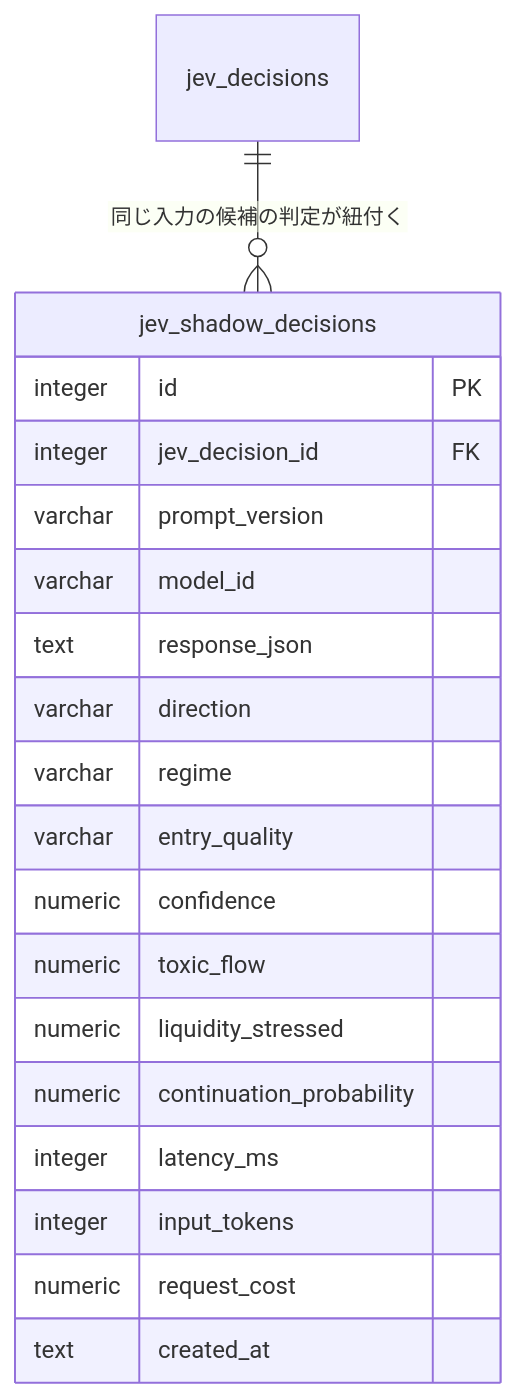
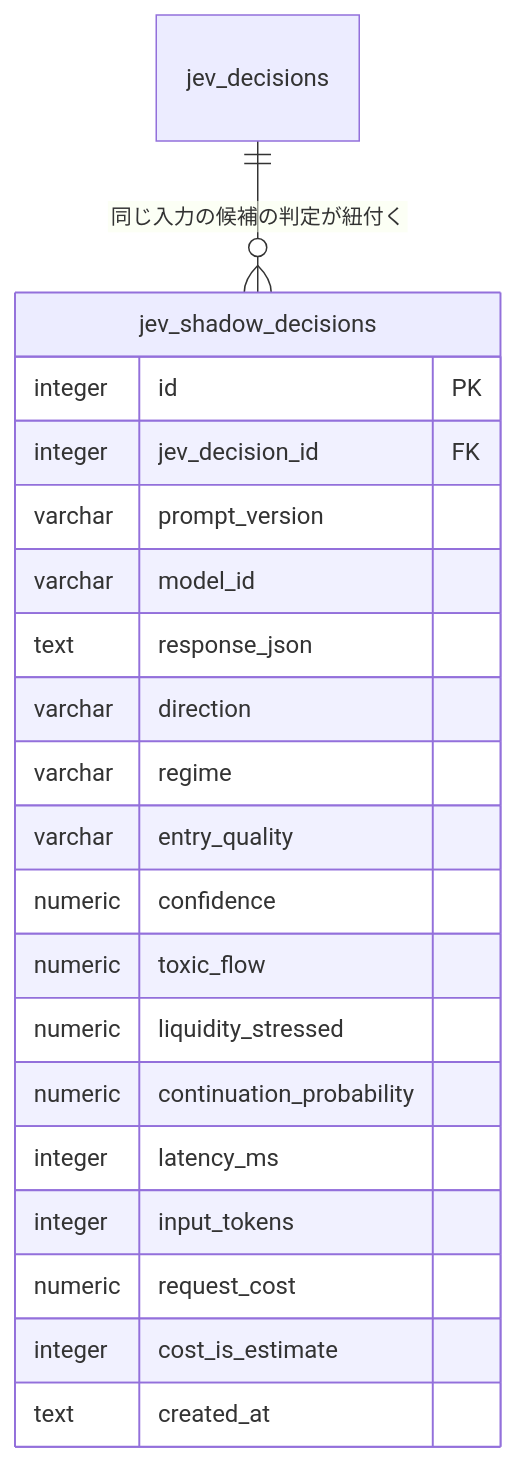
Before and after one commit to ousiassllc/pitha-trador: the diagram in docs/architecture/er/tables-jev-shadow.md, drawn with Mermaid. The commit also changed other lines of this file and 30 other files, not shown here.

````diff
--- a/docs/architecture/er/tables-jev-shadow.md
+++ b/docs/architecture/er/tables-jev-shadow.md
@@ -13,22 +13,23 @@
 ```mermaid
 erDiagram
     jev_decisions ||--o{ jev_shadow_decisions : "同じ入力の候補の判定が紐付く"
     jev_shadow_decisions {
         integer id PK
         integer jev_decision_id FK
         varchar prompt_version
         varchar model_id
         text response_json
         varchar direction
         varchar regime
         varchar entry_quality
         numeric confidence
         numeric toxic_flow
         numeric liquidity_stressed
         numeric continuation_probability
         integer latency_ms
         integer input_tokens
         numeric request_cost
+        integer cost_is_estimate
         text created_at
     }
 ```
````
